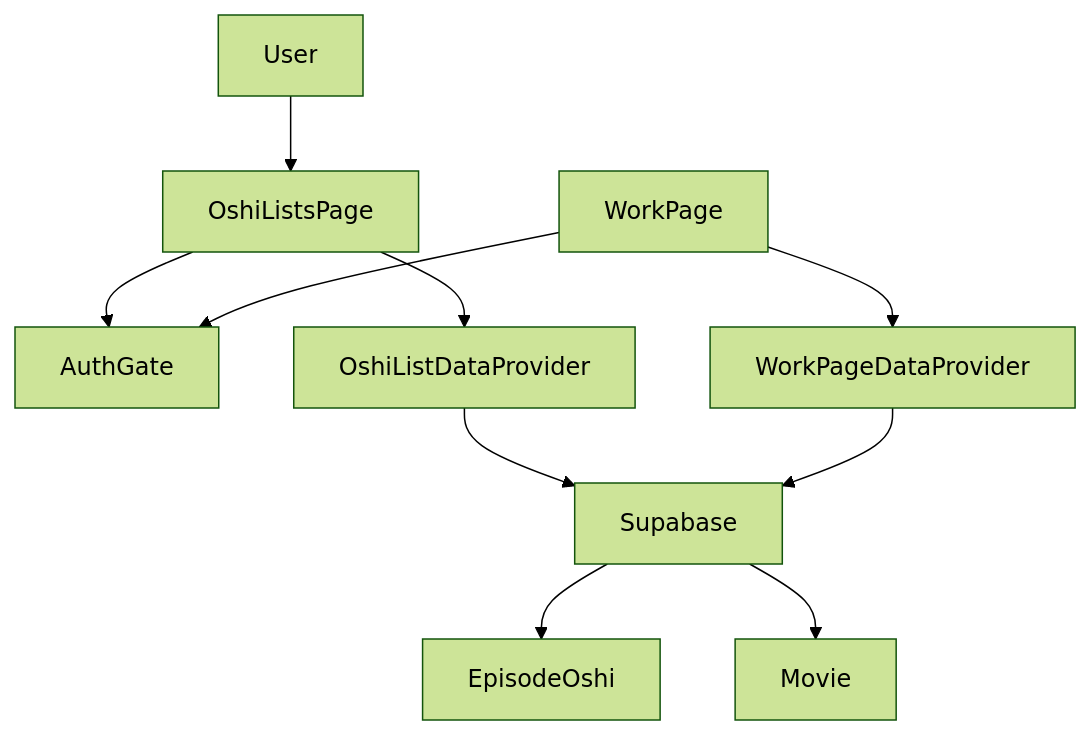
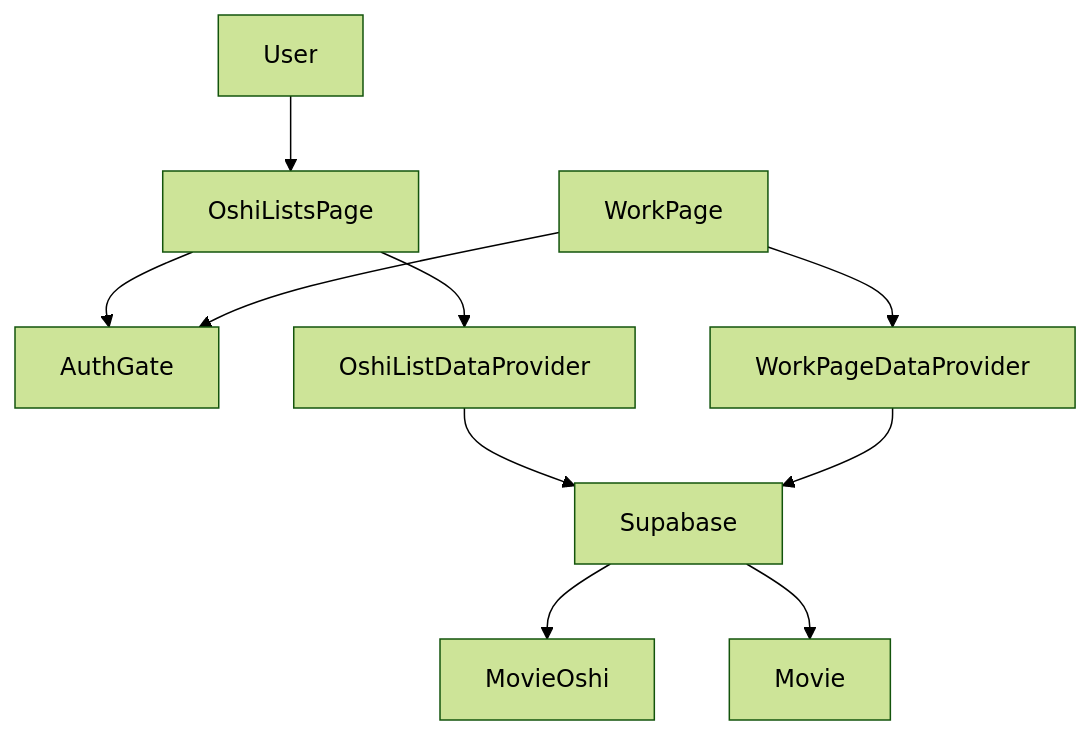
The first of 3 diagrams in .kiro/specs/oshi-list-user-registration-registered-only/design.md (arinko39140/mangadouga), drawn with Mermaid (forest theme) before and after one commit. The commit also changed other lines of this file and 12 other files, not shown here.

Commit message:
Align oshi flow with movie_oshi

````diff
--- a/.kiro/specs/oshi-list-user-registration-registered-only/design.md
+++ b/.kiro/specs/oshi-list-user-registration-registered-only/design.md
@@ -48,12 +48,12 @@
 ```mermaid
 graph TB
   User --> OshiListsPage
   OshiListsPage --> AuthGate
   OshiListsPage --> OshiListDataProvider
   WorkPage --> AuthGate
   WorkPage --> WorkPageDataProvider
   OshiListDataProvider --> Supabase
   WorkPageDataProvider --> Supabase
-  Supabase --> EpisodeOshi
+  Supabase --> MovieOshi
   Supabase --> Movie
 ```
````
